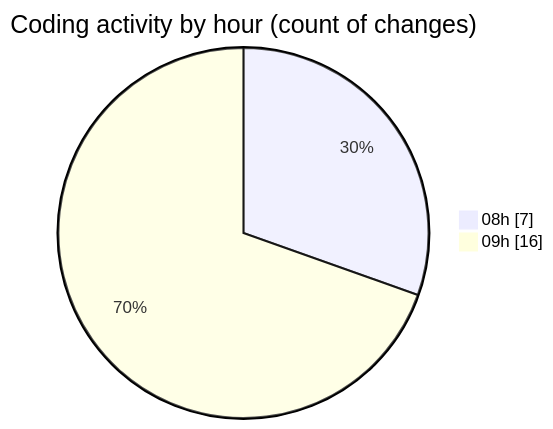
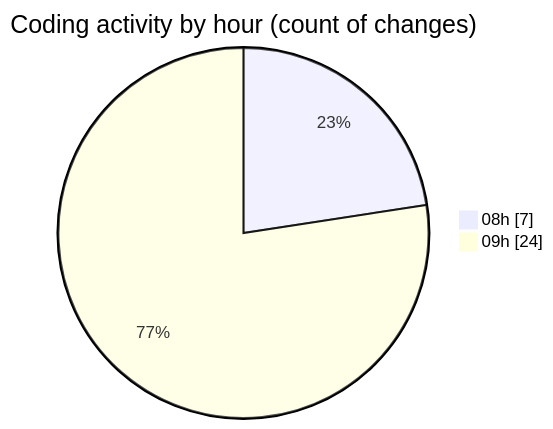
One commit to momahboobian/code-tracking changed the second of 2 diagrams in 2026-09-04/cda/README.md. Above: the diagram before and after it, drawn with Mermaid. The commit also changed other lines of this file and 1 other file, not shown here.

````diff
--- a/2026-09-04/cda/README.md
+++ b/2026-09-04/cda/README.md
@@ -34,6 +37,6 @@
 ```mermaid
 pie showData
 title Coding activity by hour (count of changes)
 "08h" : 7
-"09h" : 16
+"09h" : 24
 ```
````
